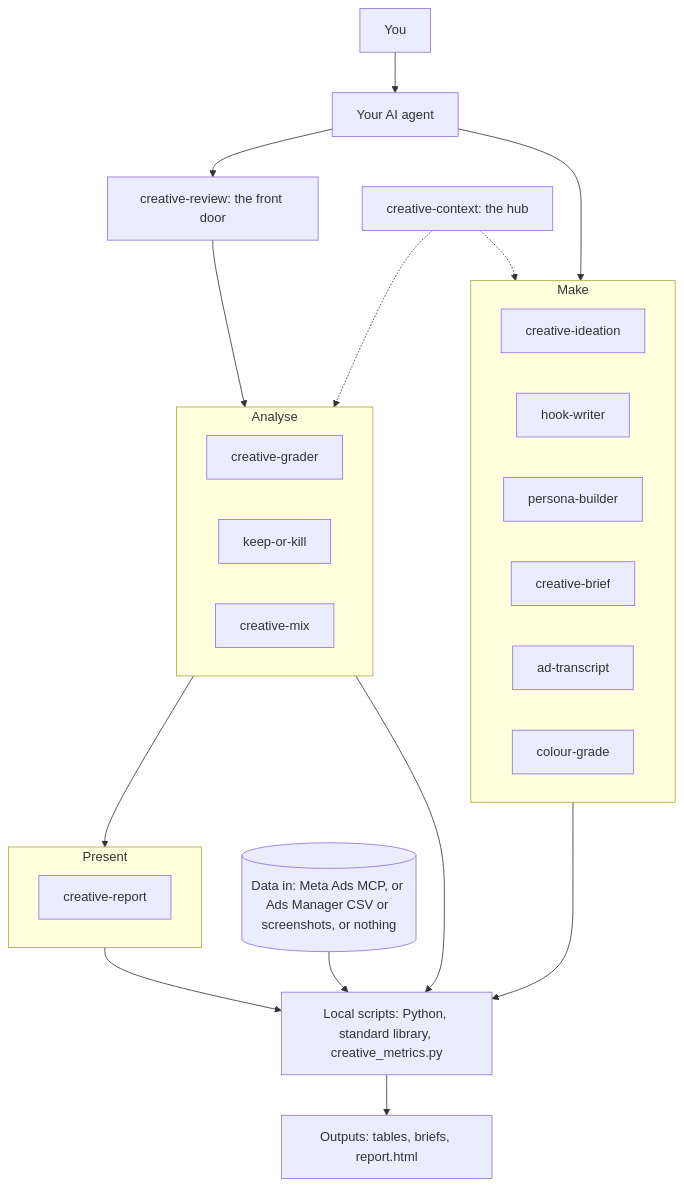
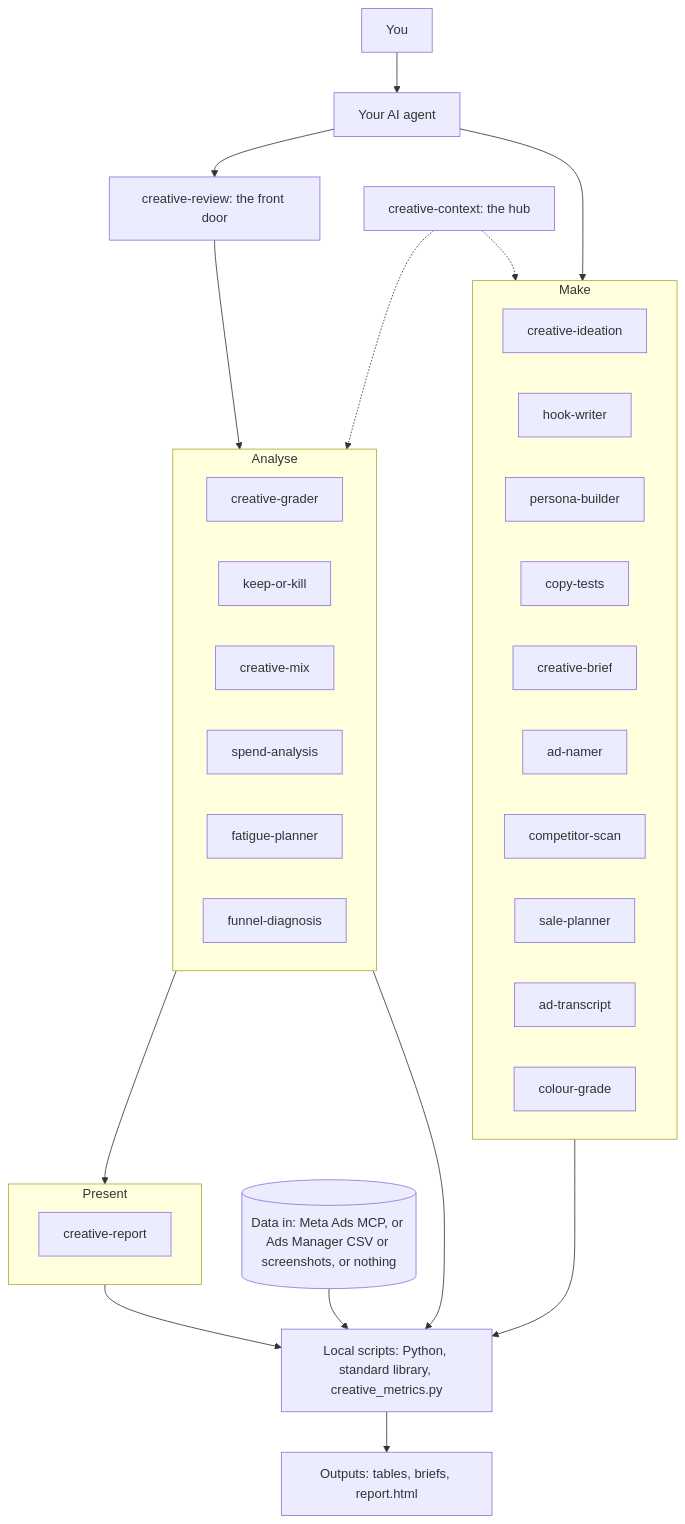
Before and after one commit to adamsz-er/jumbo-creative-skills: the diagram in README.md, drawn with Mermaid. The commit also changed other lines of this file and 9 other files, not shown here.

````diff
--- a/README.md
+++ b/README.md
@@ -104,31 +104,38 @@
 ```mermaid
 flowchart TD
   you["You"] --> agent["Your AI agent"]
   agent --> front["creative-review: the front door"]
   front --> analyse
   analyse --> present
   agent --> make
   hub["creative-context: the hub"] -.-> analyse
   hub -.-> make
   subgraph analyse["Analyse"]
     grader["creative-grader"]
     kok["keep-or-kill"]
     mix["creative-mix"]
+    spend["spend-analysis"]
+    fatigue["fatigue-planner"]
+    funnel["funnel-diagnosis"]
   end
   subgraph make["Make"]
     ideation["creative-ideation"]
     hooks["hook-writer"]
     persona["persona-builder"]
+    copy["copy-tests"]
     brief["creative-brief"]
+    namer["ad-namer"]
+    rivals["competitor-scan"]
+    sale["sale-planner"]
     transcript["ad-transcript"]
     colour["colour-grade"]
   end
   subgraph present["Present"]
     report["creative-report"]
   end
   data[("Data in: Meta Ads MCP, or Ads Manager CSV or screenshots, or nothing")] --> scripts
   analyse --> scripts
   make --> scripts
   present --> scripts
   scripts["Local scripts: Python, standard library, creative_metrics.py"] --> out["Outputs: tables, briefs, report.html"]
 ```
````
